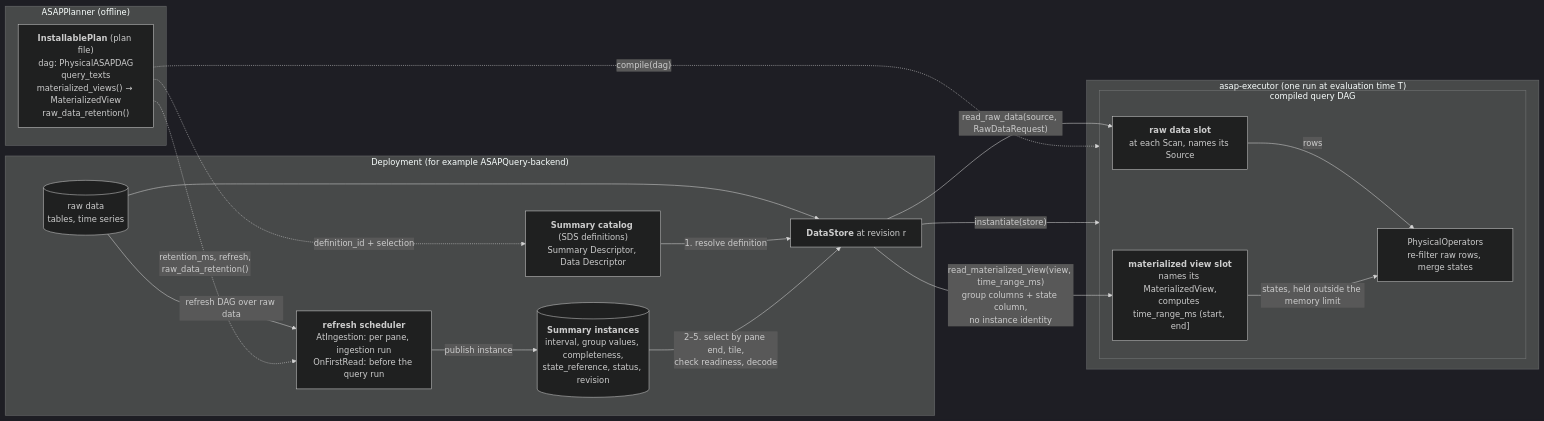
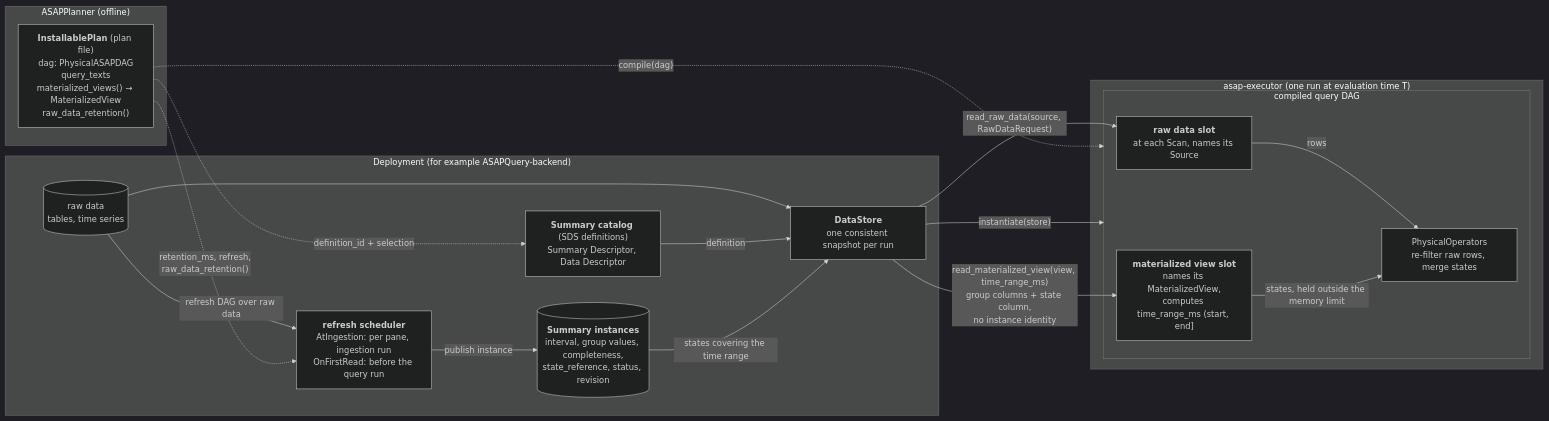
Before and after one commit to ProjectASAP/ASAPPlanner: the diagram in docs/design_docs/proposals/data-store.md, drawn with Mermaid (dark theme). The commit also changed other lines of this file, not shown here.

Commit message:
docs(proposal): drop the reference algorithm; state the snapshot as a contract

````diff
--- a/docs/design_docs/proposals/data-store.md
+++ b/docs/design_docs/proposals/data-store.md
@@ -58,36 +56,36 @@
 ```mermaid
 flowchart LR
     subgraph planner["ASAPPlanner (offline)"]
         IP["<b>InstallablePlan</b> (plan file)<br/>dag: PhysicalASAPDAG<br/>query_texts<br/>materialized_views() → MaterializedView<br/>raw_data_retention()"]
     end
 
     subgraph executor["asap-executor (one run at evaluation time T)"]
         subgraph cdag["compiled query DAG"]
             TS["<b>raw data slot</b><br/>at each Scan, names its Source"]
             VS["<b>materialized view slot</b><br/>names its MaterializedView,<br/>computes time_range_ms (start, end]"]
             OPS["PhysicalOperators<br/>re-filter raw rows, merge states"]
         end
         TS -->|"rows"| OPS
         VS -->|"states, held outside the memory limit"| OPS
     end
 
     subgraph deployment["Deployment (for example ASAPQuery-backend)"]
-        DST["<b>DataStore</b> at revision r"]
+        DST["<b>DataStore</b><br/>one consistent snapshot per run"]
         RAW[("raw data<br/>tables, time series")]
         CAT["<b>Summary catalog</b> (SDS definitions)<br/>Summary Descriptor, Data Descriptor"]
         INST[("<b>Summary instances</b><br/>interval, group values, completeness,<br/>state_reference, status, revision")]
         REF["<b>refresh scheduler</b><br/>AtIngestion: per pane, ingestion run<br/>OnFirstRead: before the query run"]
         RAW --> DST
-        CAT -->|"1. resolve definition"| DST
-        INST -->|"2–5. select by pane end, tile,<br/>check readiness, decode"| DST
+        CAT -->|"definition"| DST
+        INST -->|"states covering the time range"| DST
         RAW -->|"refresh DAG over raw data"| REF
         REF -->|"publish instance"| INST
     end
 
     IP -.->|"compile(dag)"| cdag
     IP -.->|"definition_id + selection"| CAT
     IP -.->|"retention_ms, refresh,<br/>raw_data_retention()"| REF
     DST -->|"instantiate(store)"| cdag
     DST -->|"read_raw_data(source, RawDataRequest)"| TS
     DST -->|"read_materialized_view(view, time_range_ms)<br/>group columns + state column,<br/>no instance identity"| VS
 ```
````
